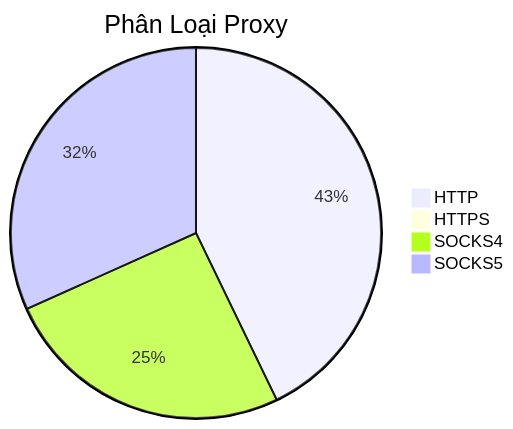
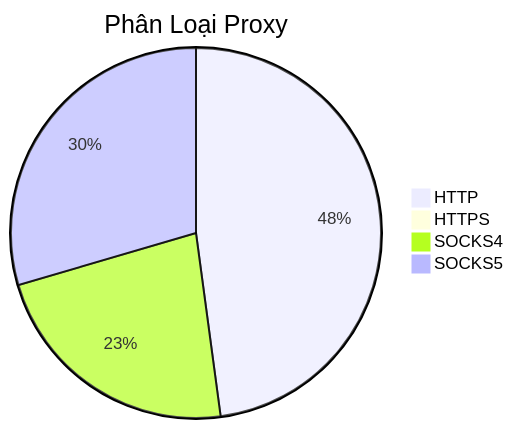
One commit to Ciara-12/PROXY-free changed the diagram in README.md. Above: the diagram before and after it, drawn with Mermaid. The commit also changed other lines of this file and 3 other files, not shown here.

````diff
--- a/README.md
+++ b/README.md
@@ -26,7 +26,7 @@
 ```mermaid
 pie title Phân Loại Proxy
-    "HTTP" : 493
+    "HTTP" : 551
     "HTTPS" : 0
-    "SOCKS4" : 293
-    "SOCKS5" : 365
+    "SOCKS4" : 260
+    "SOCKS5" : 340
 ```
````
